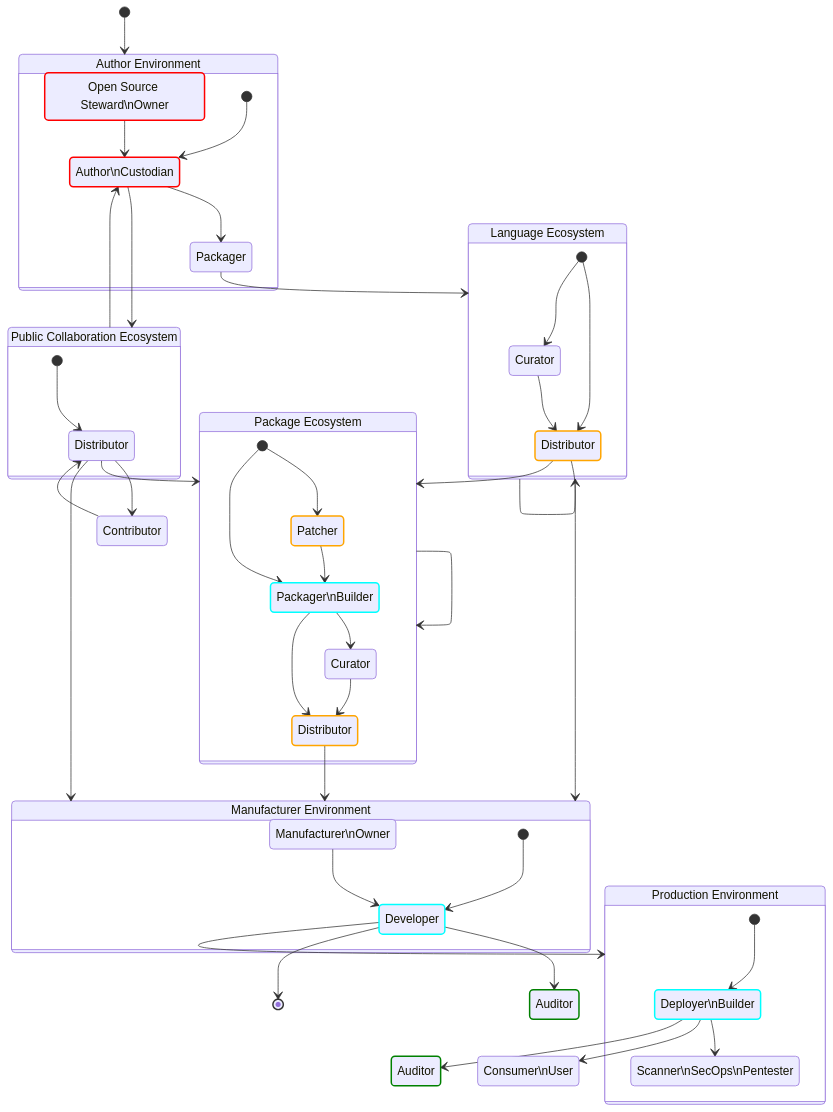
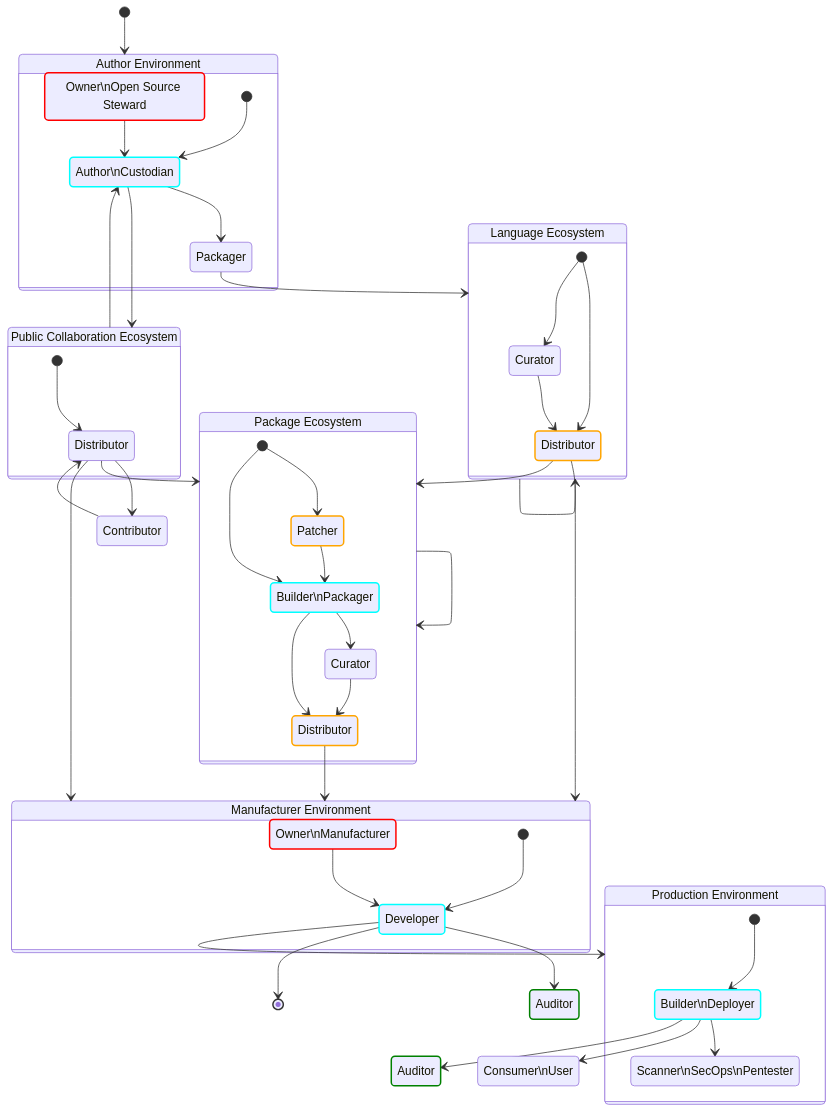
The diagram in docs/supplychain-sbom.md (CPAN-Security/security.metacpan.org), drawn with Mermaid before and after one commit. The commit also changed other lines of this file, not shown here.

Commit message:
Clarify role assumptions, builder and owner roles;

```diff
--- a/docs/supplychain-sbom.md
+++ b/docs/supplychain-sbom.md
@@ -36,7 +37,7 @@
     direction TB
     accTitle: An idealized Open Source supply chain
 
-    state "Open Source Steward\nOwner" as author_owner
+    state "Owner\nOpen Source Steward" as author_owner
     state "Author\nCustodian" as author
     state "Distributor" as repository_distributor
     state "Packager" as language_packager
@@ -44,12 +45,12 @@
     state "Distributor" as language_distributor
     state "Contributor" as contributor
     state "Patcher" as package_patcher
-    state "Packager\nBuilder" as package_packager
+    state "Builder\nPackager" as package_packager
     state "Curator" as package_curator
     state "Distributor" as package_distributor
-    state "Manufacturer\nOwner" as integrator_owner
+    state "Owner\nManufacturer" as integrator_owner
     state "Developer" as developer
-    state "Deployer\nBuilder" as deployer
+    state "Builder\nDeployer" as deployer
     state "Scanner\nSecOps\nPentester" as scanner
     state "Consumer\nUser" as consumer
     state "Auditor" as auditor_internal
@@ -62,11 +63,12 @@
 
     class author_owner createsSBOM
     class manufacturer_owner createsSBOM
-    class author createsSBOM
+    class author assemblesSBOM
     class package_patcher updatesSBOM
     class package_packager assemblesSBOM
     class package_distributor updatesSBOM
     class language_distributor updatesSBOM
+    class integrator_owner createsSBOM
     class developer assemblesSBOM
     class deployer assemblesSBOM
     class auditor_internal verifiesSBOM
```
